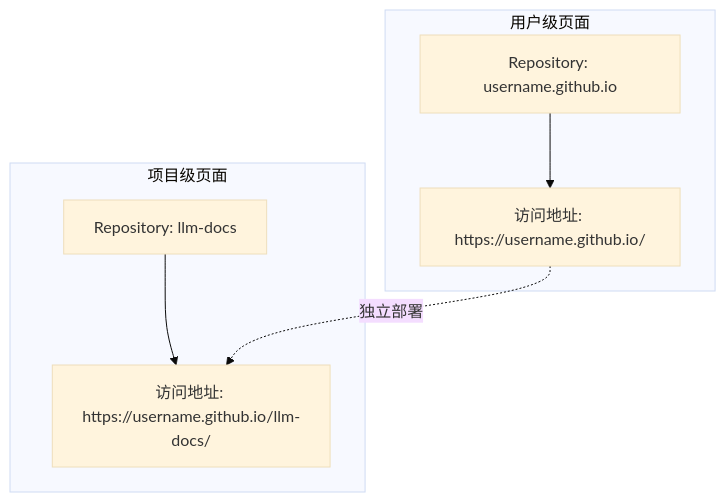
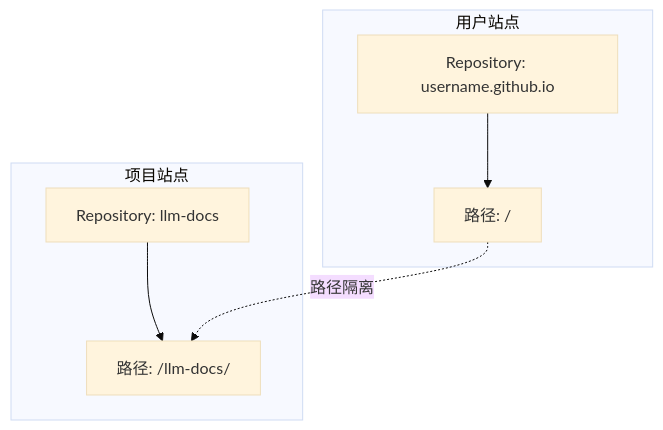
Before and after one commit to AldenWangExis/AldenWangExis.github.io: the second of 4 diagrams in _posts/2026-01-08-vuepress-github-pages-deployment.md, drawn with Mermaid (base theme). The commit also changed other lines of this file, not shown here.

````diff
--- a/_posts/2026-01-08-vuepress-github-pages-deployment.md
+++ b/_posts/2026-01-08-vuepress-github-pages-deployment.md
@@ -36,16 +36,16 @@
 ```mermaid
 graph TB
-    subgraph "用户级页面"
+    subgraph "用户站点"
         A[Repository: username.github.io]
-        B[访问地址: https://username.github.io/]
+        B[路径: /]
         A --> B
     end
     
-    subgraph "项目级页面"
+    subgraph "项目站点"
         C[Repository: llm-docs]
-        D[访问地址: https://username.github.io/llm-docs/]
+        D[路径: /llm-docs/]
         C --> D
     end
     
-    B -.独立部署.-> D
+    B -.路径隔离.-> D
 ```
````
